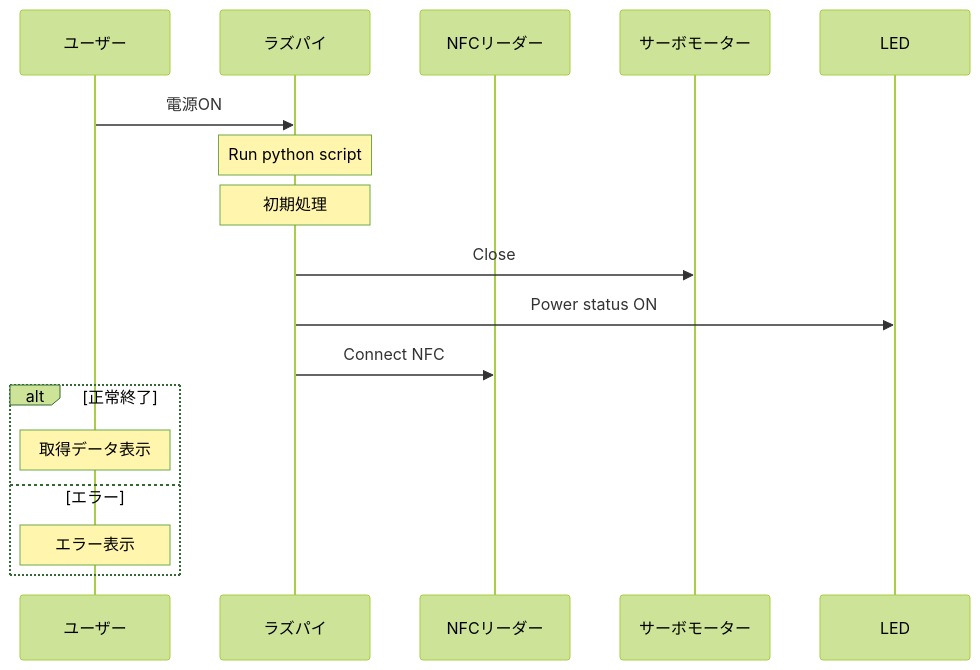
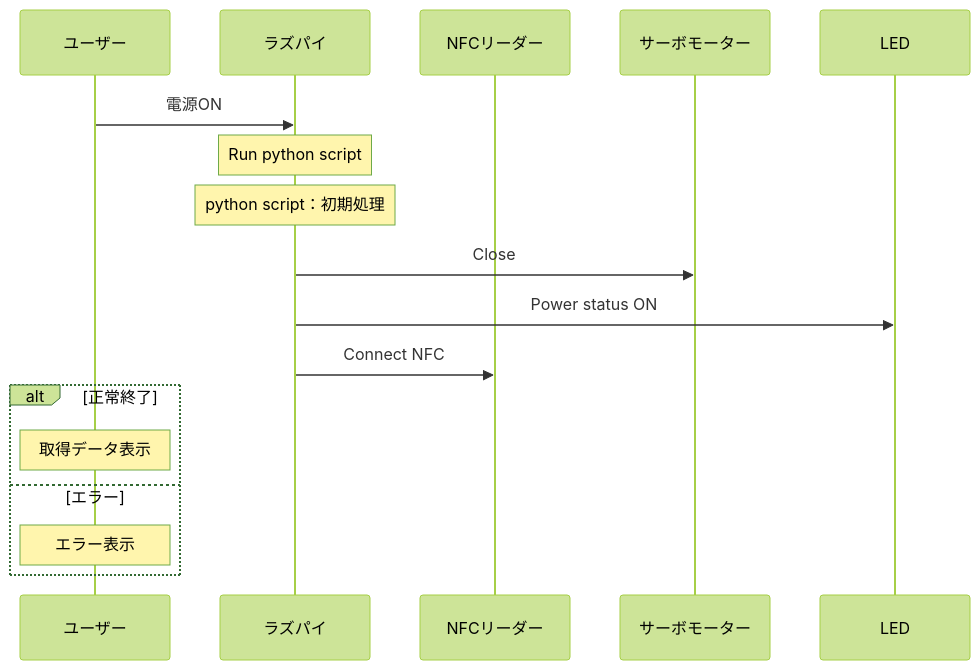
Before and after one commit to YUKI-SOKENDAI/SmartLock: the second of 2 diagrams in memo/SystemMEMO.md, drawn with Mermaid (forest theme).

````diff
--- a/memo/SystemMEMO.md
+++ b/memo/SystemMEMO.md
@@ -63,24 +63,24 @@
 ```mermaid
 sequenceDiagram
     participant user as ユーザー
     participant raspi as ラズパイ
     participant nfc as NFCリーダー
     participant servo as サーボモーター
     participant led as LED
     
     # hoge
     user->>raspi: 電源ON
     Note over raspi : Run python script
-    Note over raspi : 初期処理
+    Note over raspi : python script：初期処理
     raspi->>servo: Close
     raspi->>led: Power status ON
     raspi->>nfc: Connect NFC
     #raspi-->>user: こんにちは！！
     
     # hoge
     alt 正常終了
         Note over user : 取得データ表示
     else エラー
         Note over user : エラー表示
     end
 ```
````
